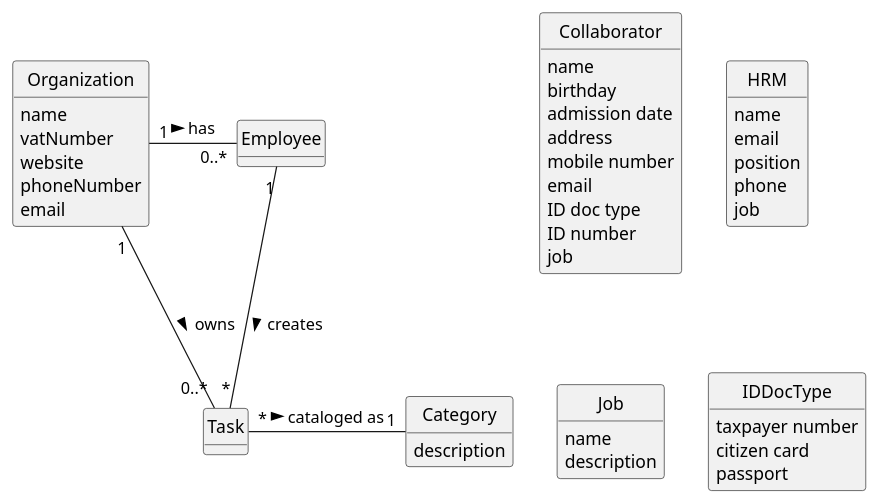
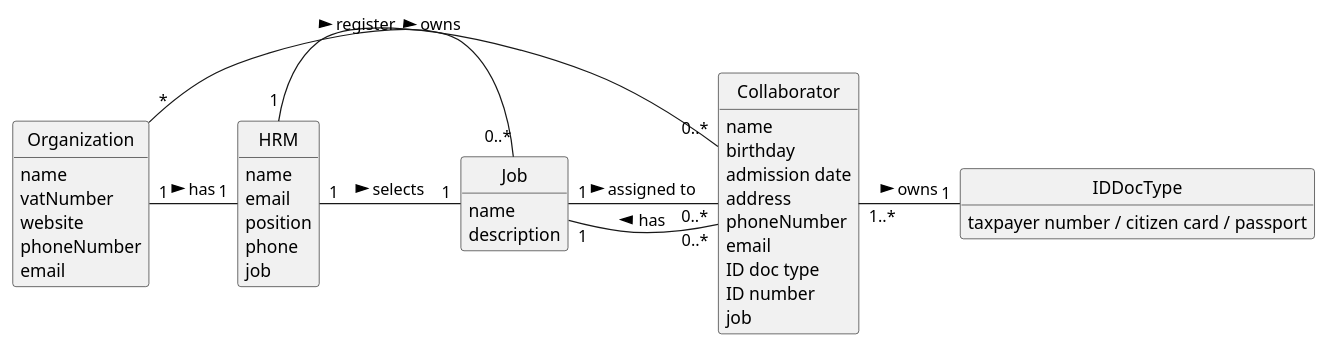
Before and after one commit to daniel41silva05/ISEP_2023_2024_LAPR2: the diagram in docs/sprintA/us003/02.analysis/puml/us003-domain-model.puml, drawn with PlantUML. The commit also changed 3 other files, not shown here.

```diff
--- a/docs/sprintA/us003/02.analysis/puml/us003-domain-model.puml
+++ b/docs/sprintA/us003/02.analysis/puml/us003-domain-model.puml
@@ -1,76 +1,58 @@
 @startuml
 skinparam monochrome true
 skinparam packageStyle rectangle
 skinparam shadowing false
 
 'left to right direction
 
 skinparam classAttributeIconSize 0
 
 hide circle
 hide methods
-
-'title Domain Model
-
-'class Platform {
-'  -description
-'}
 
 class Organization {
     name
     vatNumber
     website
     phoneNumber
     email
 }
 
 class Collaborator {
     name
     birthday
     admission date
     address
-    mobile number
+    phoneNumber
     email
     ID doc type
     ID number
     job
-}
-
-class Category {
-    description
 }
 
 class HRM {
     name
     email
     position
     phone
     job
 }
 
 class Job {
     name
     description
 }
 
 class IDDocType {
-    taxpayer number
-    citizen card
-    passport
+    taxpayer number / citizen card / passport
 }
 
-'class User {
-'    name
-'    email
-'    password
-'}
+Organization "1" - "1" HRM : has >
+Organization "*" - "0..*" Job : owns >
+HRM "1" - "1" Job : selects  >
+HRM "1" - "0..*" Collaborator : register >
+Collaborator "1..*" - "1" IDDocType : owns >
+Job "1" - "0..*" Collaborator : assigned to >
+Collaborator "0..*" - "1" Job : has >
 
-'Platform "1" -- "*" Organization : has registered >
-'Platform "1" -- "*" Category : defines >
-Organization "1" - "0..*" Employee : has >
-Organization "1" - "0..*" Task: owns >
-'Task "*" -- "1" Employee: created by >
-Employee "1" -- "*" Task : creates >
-'Employee "0..1" -- "1" User: acts as >
-Task "*" - "1" Category: cataloged as >
 @enduml
```
